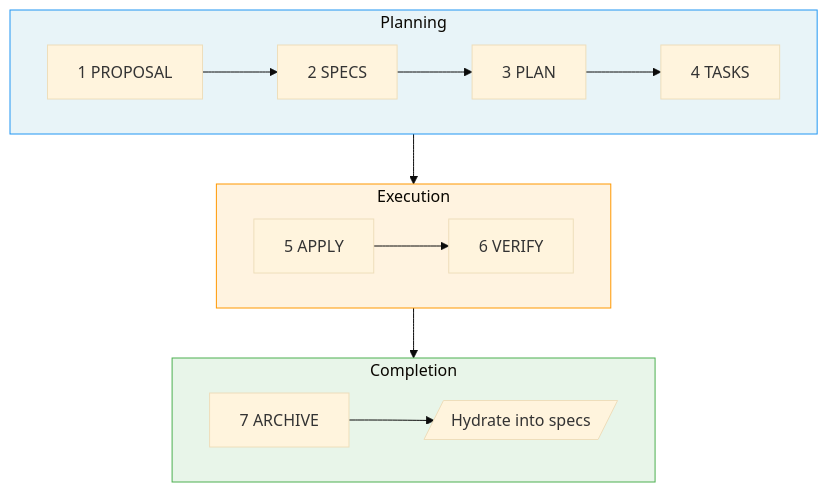
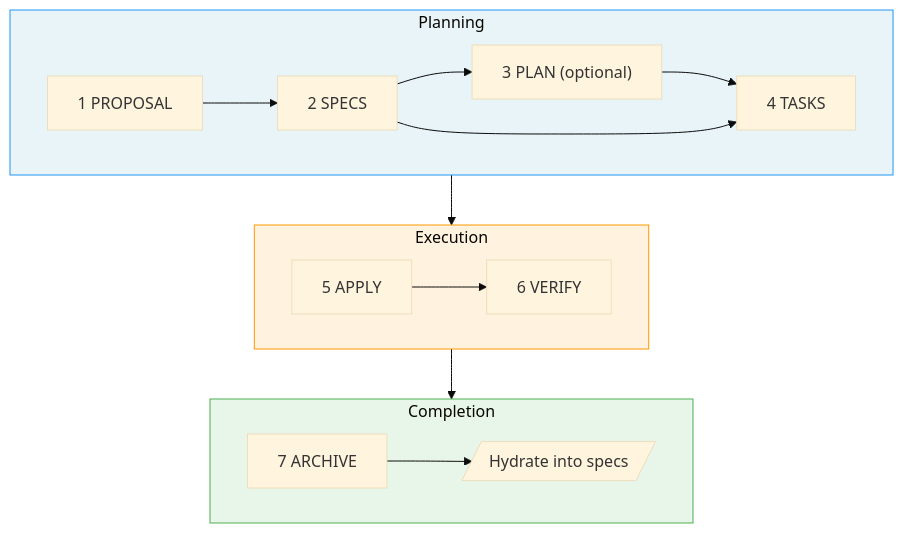
Before and after one commit to wvrdz/fab-kit: the first of 2 diagrams in doc/fab-spec/README.md, drawn with Mermaid (base theme). The commit also changed other lines of this file and 3 other files, not shown here.

First line of the commit message:
Refine fab spec: optional plan, status template, constitution, archive safety

````diff
--- a/doc/fab-spec/README.md
+++ b/doc/fab-spec/README.md
@@ -37,22 +37,23 @@
 ```mermaid
 flowchart TD
     subgraph planning ["Planning"]
         direction LR
-        P["1 PROPOSAL"] --> S["2 SPECS"] --> PL["3 PLAN"] --> T["4 TASKS"]
+        P["1 PROPOSAL"] --> S["2 SPECS"] --> PL["3 PLAN (optional)"] --> T["4 TASKS"]
+        S --> T
     end
     subgraph execution ["Execution"]
         direction LR
         A["5 APPLY"] --> V["6 VERIFY"]
     end
     subgraph completion ["Completion"]
         direction LR
         AR["7 ARCHIVE"] --> H[/"Hydrate into specs"/]
     end
 
     T --> A
     V --> AR
 
     style planning fill:#e8f4f8,stroke:#2196F3
     style execution fill:#fff3e0,stroke:#FF9800
     style completion fill:#e8f5e9,stroke:#4CAF50
 ```
````
